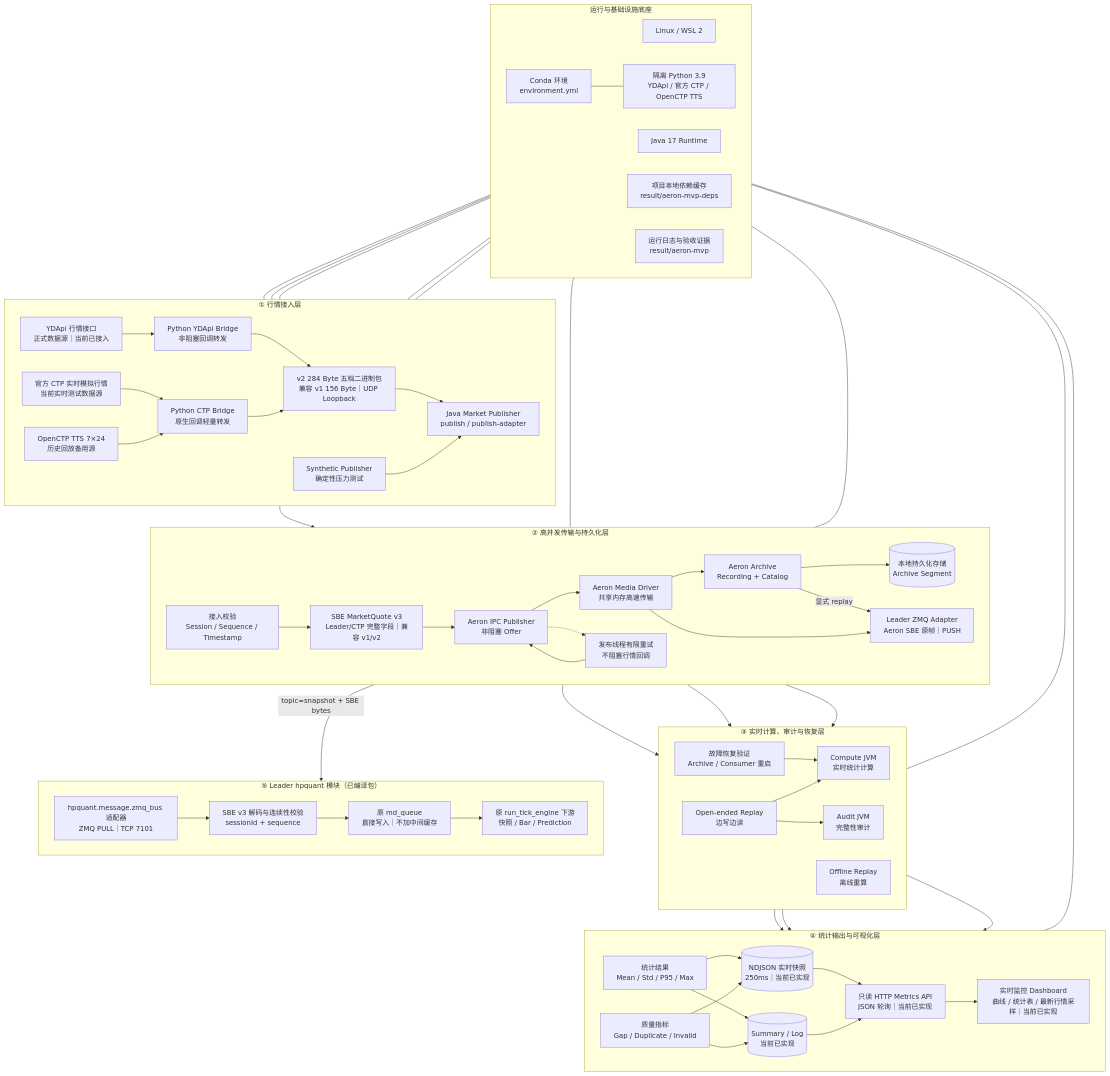
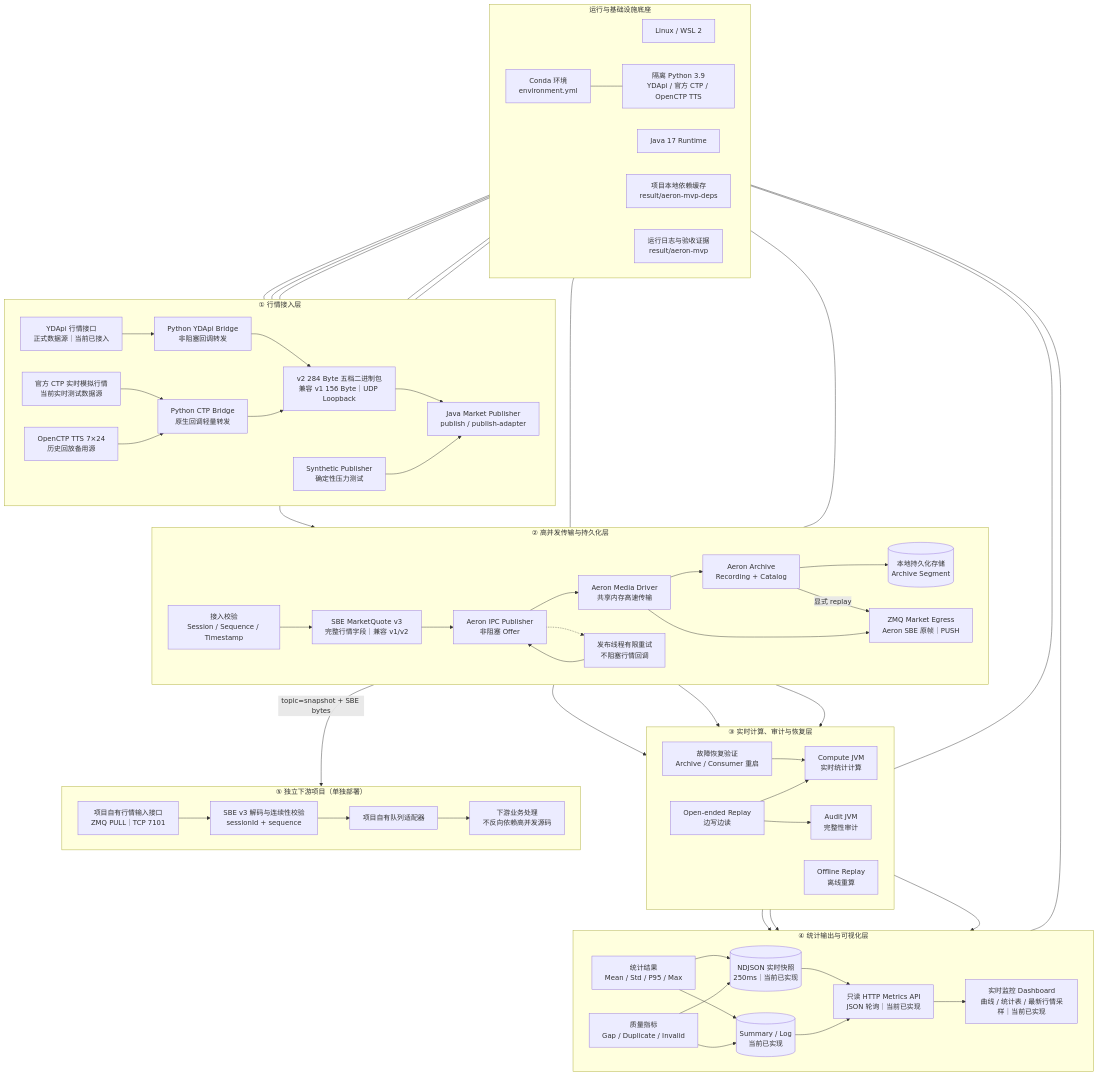
One commit to 031asa/high-concurrency changed the diagram in docs/high-concurrency-architecture.md. Above: the diagram before and after it, drawn with Mermaid. The commit also changed other lines of this file and 17 other files, not shown here.

Commit message:
refactor: decouple downstream market data interface

```diff
--- a/docs/high-concurrency-architecture.md
+++ b/docs/high-concurrency-architecture.md
@@ -22,13 +22,13 @@
     subgraph BUS["② 高并发传输与持久化层"]
         direction LR
         VALID["接入校验<br/>Session / Sequence / Timestamp"]
-        SBE["SBE MarketQuote v3<br/>Leader/CTP 完整字段｜兼容 v1/v2"]
+        SBE["SBE MarketQuote v3<br/>完整行情字段｜兼容 v1/v2"]
         AP["Aeron IPC Publisher<br/>非阻塞 Offer"]
         MD["Aeron Media Driver<br/>共享内存高速传输"]
         AR["Aeron Archive<br/>Recording + Catalog"]
         DISK[("本地持久化存储<br/>Archive Segment")]
         RETRY["发布线程有限重试<br/>不阻塞行情回调"]
-        LZA["Leader ZMQ Adapter<br/>Aeron SBE 原帧｜PUSH"]
+        LZA["ZMQ Market Egress<br/>Aeron SBE 原帧｜PUSH"]
 
         JP --> VALID --> SBE --> AP --> MD --> AR --> DISK
         MD --> LZA
@@ -52,12 +52,12 @@
         AR -->|显式 replay| LZA
     end
 
-    subgraph LEADER["⑤ Leader hpquant 模块（已编译包）"]
+    subgraph DOWNSTREAM["⑤ 独立下游项目（单独部署）"]
         direction LR
-        ZPULL["hpquant.message.zmq_bus 适配器<br/>ZMQ PULL｜TCP 7101"]
+        ZPULL["项目自有行情输入接口<br/>ZMQ PULL｜TCP 7101"]
         DECODE["SBE v3 解码与连续性校验<br/>sessionId + sequence"]
-        MDQ["原 md_queue<br/>直接写入｜不加中间缓存"]
-        ENGINE["原 run_tick_engine 下游<br/>快照 / Bar / Prediction"]
+        MDQ["项目自有队列适配器"]
+        ENGINE["下游业务处理<br/>不反向依赖高并发源码"]
 
         LZA -->|topic=snapshot + SBE bytes| ZPULL --> DECODE --> MDQ --> ENGINE
     end
```
